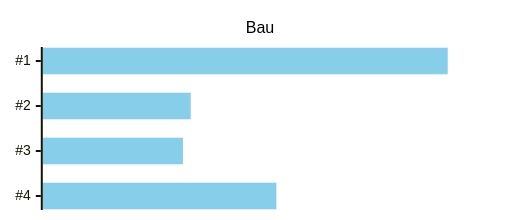
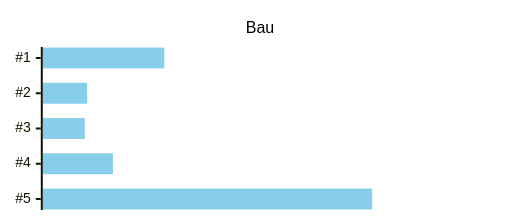
Before and after one commit to thomasmueller/bau-lang: the first of 6 diagrams in doc/performance.md, drawn with Mermaid. The commit also changed other lines of this file and 19 other files, not shown here.

````diff
--- a/doc/performance.md
+++ b/doc/performance.md
@@ -52,21 +67,21 @@
 ```mermaid
 ---
 config:
     xyChart:
         titleFontSize: 16
         width: 500
         height: 200
         plotReservedSpacePercent: 80
         yAxis: { showLabel: false, showTick: false, showAxisLine: false }
         chartOrientation: "horizontal"
     themeVariables:
         xyChart:
             titleColor: "#000000"
             plotColorPalette: "#87CEEB"
 ---
 xychart-beta
     title "Bau"
-    x-axis [#1, #2, #3, #4]
-    y-axis "Seconds" 0 --> 6
-    bar [5.2, 1.9, 1.8, 3.0]
+    x-axis [#1, #2, #3, #4, #5]
+    y-axis "Seconds" 0 --> 20
+    bar [5.2, 1.9, 1.8, 3.0, 14.1]
 ```
````
